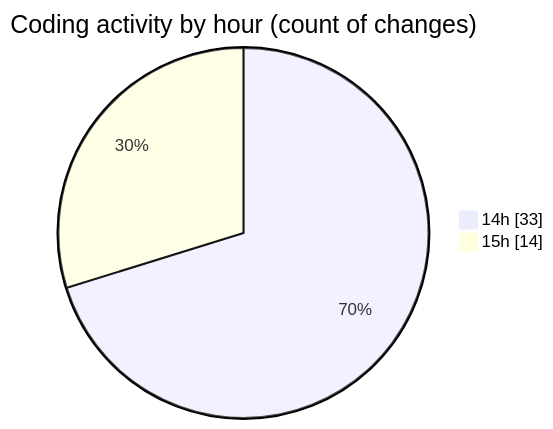
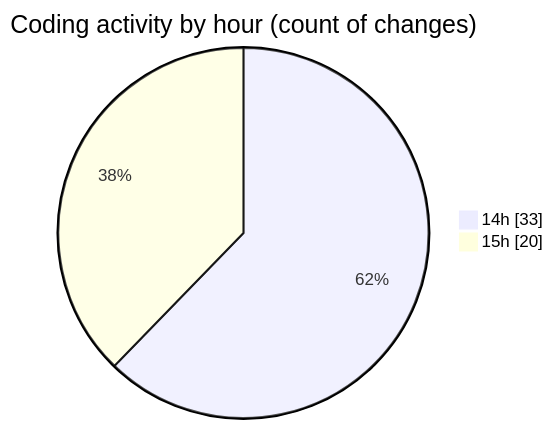
One commit to NitaiMahat/code-tracking changed the second of 2 diagrams in 2025-02-07/recipe-page-main/README.md. Above: the diagram before and after it, drawn with Mermaid. The commit also changed other lines of this file and 1 other file, not shown here.

````diff
--- a/2025-02-07/recipe-page-main/README.md
+++ b/2025-02-07/recipe-page-main/README.md
@@ -30,6 +30,6 @@
 ```mermaid
 pie showData
 title Coding activity by hour (count of changes)
 "14h" : 33
-"15h" : 14
+"15h" : 20
 ```
````
